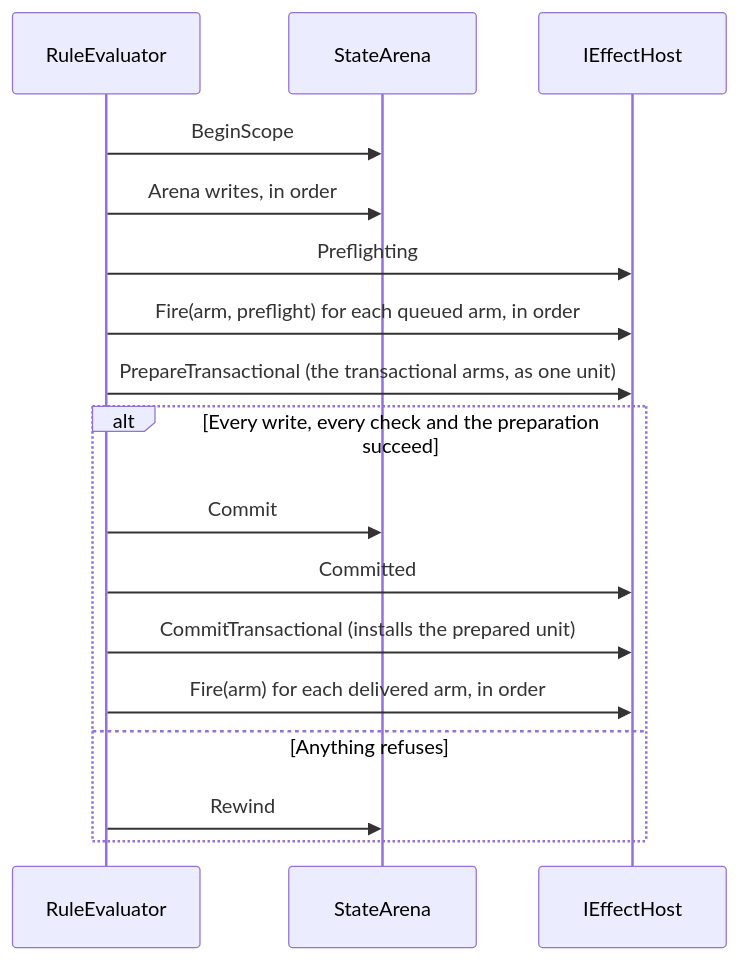
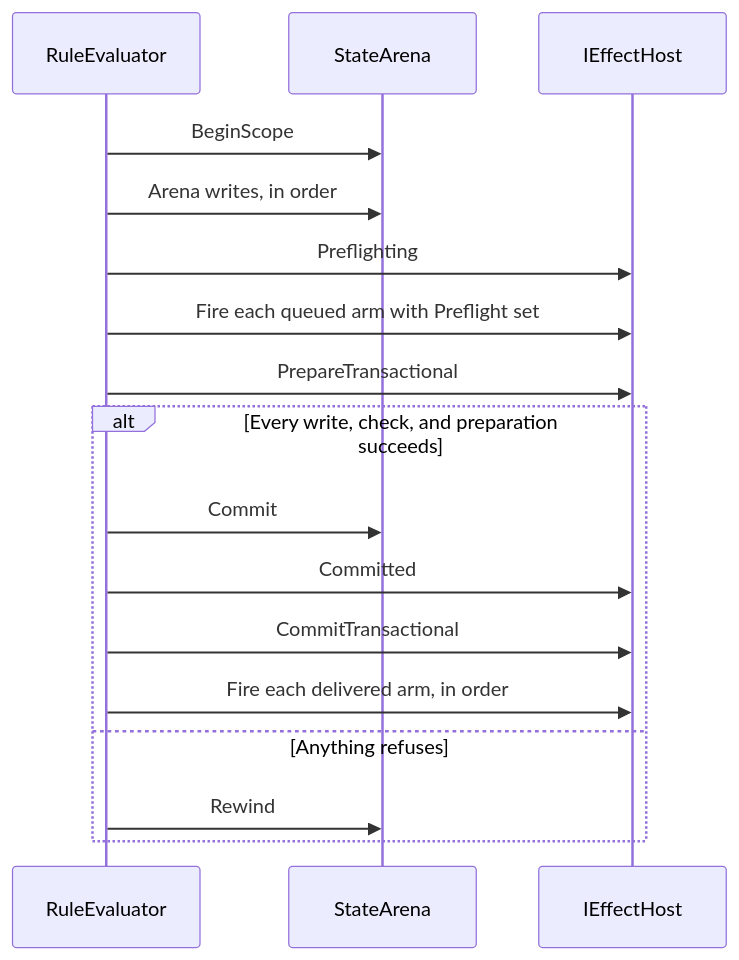
The second of 2 diagrams in docs/reference/state/rules.md (ByteTerrace/Puck), drawn with Mermaid before and after one commit. The commit also changed other lines of this file and 4567 other files, not shown here.

````diff
--- a/docs/reference/state/rules.md
+++ b/docs/reference/state/rules.md
@@ -138,19 +430,19 @@
 ```mermaid
 sequenceDiagram
     participant E as RuleEvaluator
     participant A as StateArena
     participant H as IEffectHost
     E->>A: BeginScope
     E->>A: Arena writes, in order
     E->>H: Preflighting
-    E->>H: Fire(arm, preflight) for each queued arm, in order
-    E->>H: PrepareTransactional (the transactional arms, as one unit)
-    alt Every write, every check and the preparation succeed
+    E->>H: Fire each queued arm with Preflight set
+    E->>H: PrepareTransactional
+    alt Every write, check, and preparation succeeds
         E->>A: Commit
         E->>H: Committed
-        E->>H: CommitTransactional (installs the prepared unit)
-        E->>H: Fire(arm) for each delivered arm, in order
+        E->>H: CommitTransactional
+        E->>H: Fire each delivered arm, in order
     else Anything refuses
         E->>A: Rewind
     end
 ```
````
